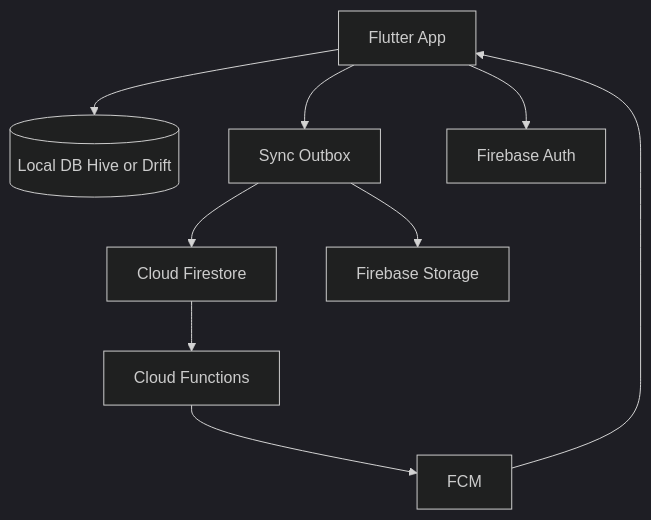
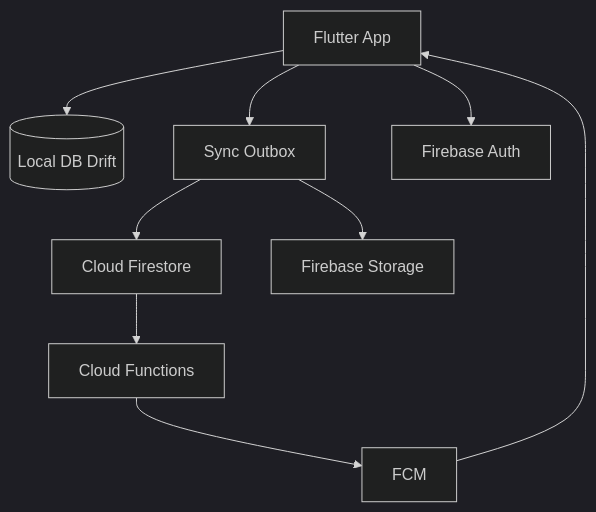
One commit to ShrikantHiwase/AndroidAppConstructionFieldWork changed the second of 2 diagrams in .cursor/plans/construction_field_app_54df27ca.plan.md. Above: the diagram before and after it, drawn with Mermaid (dark theme). The commit also changed other lines of this file and 115 other files, not shown here.

````diff
--- a/.cursor/plans/construction_field_app_54df27ca.plan.md
+++ b/.cursor/plans/construction_field_app_54df27ca.plan.md
@@ -129,19 +141,19 @@
 ```mermaid
 flowchart TB
   App[Flutter App]
-  Local[(Local DB Hive or Drift)]
+  Local[(Local DB Drift)]
   Outbox[Sync Outbox]
   Auth[Firebase Auth]
   FS[Cloud Firestore]
   ST[Firebase Storage]
   FN[Cloud Functions]
   FCM[FCM]
   App --> Local
   App --> Outbox
   Outbox --> FS
   Outbox --> ST
   App --> Auth
   FS --> FN
   FN --> FCM
   FCM --> App
 ```
````
